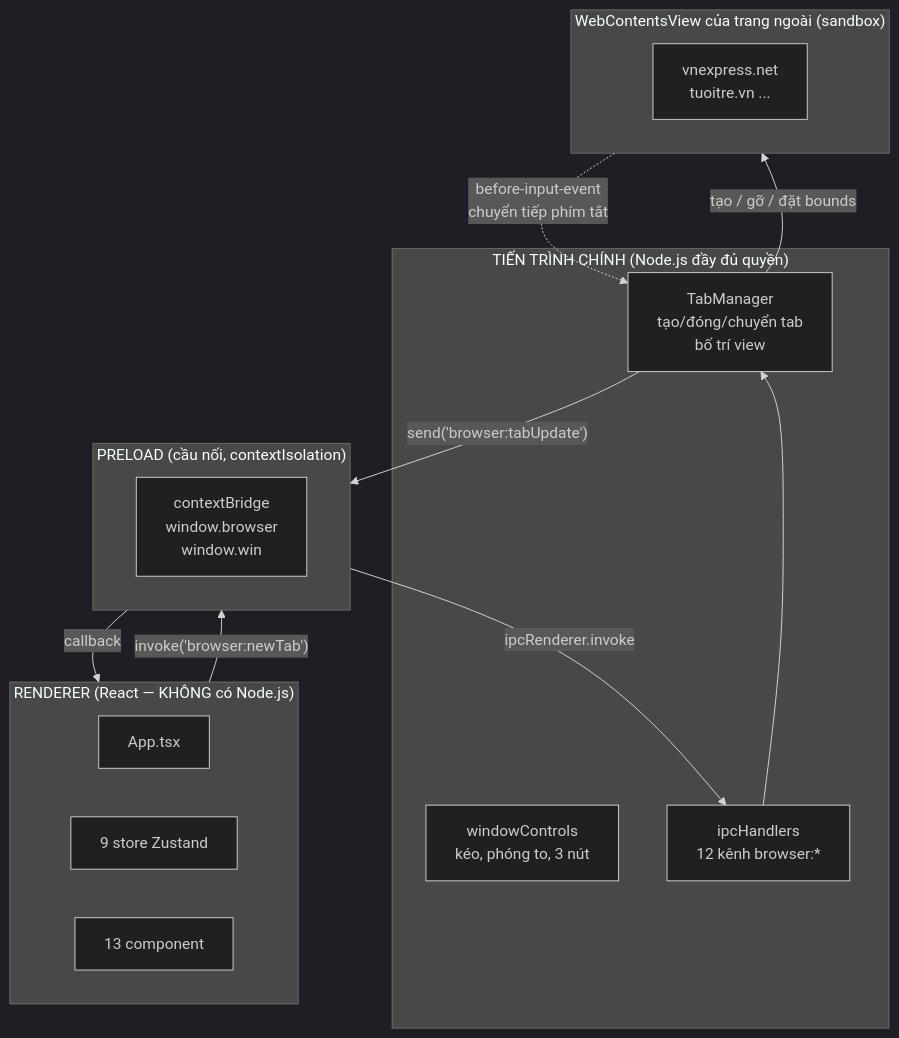
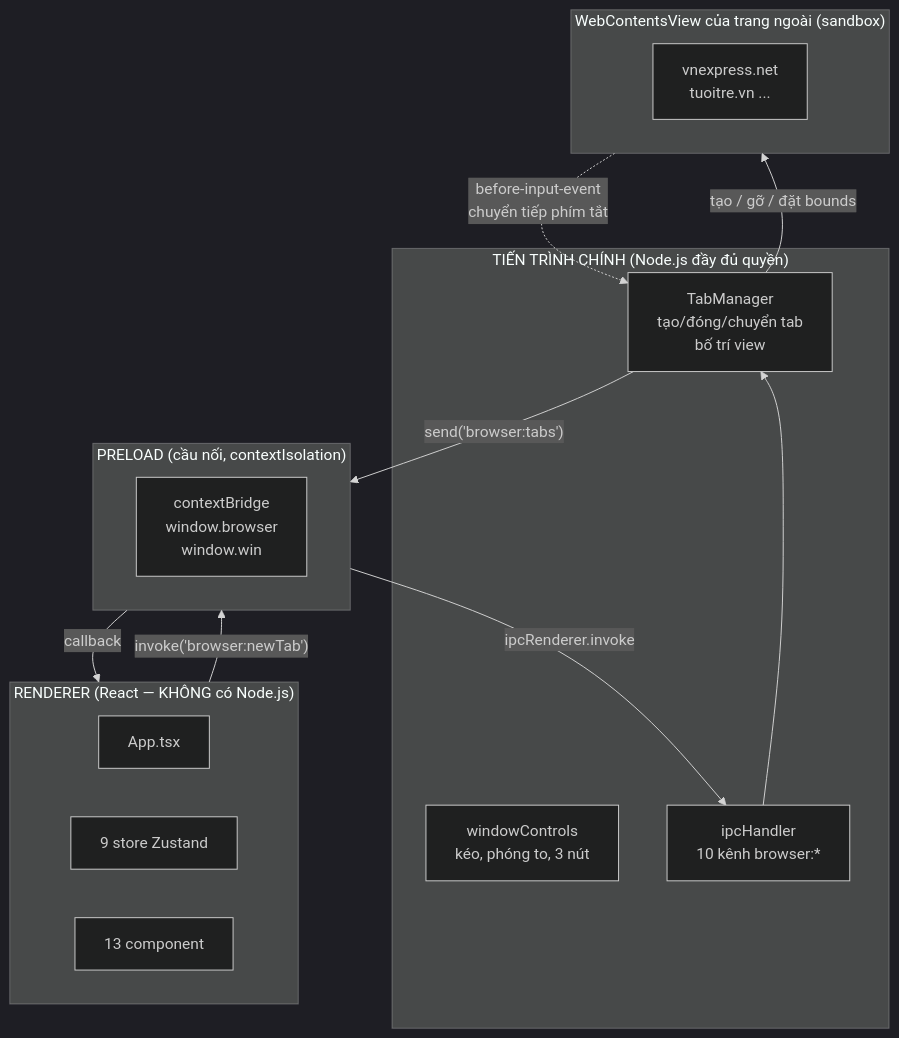
Before and after one commit to KietAnhCS/CocCoc-Plus: the second of 7 diagrams in docs/FRONTEND.md, drawn with Mermaid (dark theme). The commit also changed other lines of this file and 73 other files, not shown here.

First line of the commit message:
docs: fix drift and add diagrams (#22)

````diff
--- a/docs/FRONTEND.md
+++ b/docs/FRONTEND.md
@@ -161,30 +159,30 @@
 ```mermaid
 flowchart TB
     subgraph MAIN["TIẾN TRÌNH CHÍNH (Node.js đầy đủ quyền)"]
         TM["TabManager<br/>tạo/đóng/chuyển tab<br/>bố trí view"]
         WC["windowControls<br/>kéo, phóng to, 3 nút"]
-        IH["ipcHandlers<br/>12 kênh browser:*"]
+        IH["ipcHandler<br/>10 kênh browser:*"]
     end
 
     subgraph PRE["PRELOAD (cầu nối, contextIsolation)"]
         CB["contextBridge<br/>window.browser<br/>window.win"]
     end
 
     subgraph REN["RENDERER (React — KHÔNG có Node.js)"]
         APP["App.tsx"]
         ST["9 store Zustand"]
         CP["13 component"]
     end
 
     subgraph EXT["WebContentsView của trang ngoài (sandbox)"]
         WEB["vnexpress.net<br/>tuoitre.vn ..."]
     end
 
     REN -->|"invoke('browser:newTab')"| PRE
     PRE -->|"ipcRenderer.invoke"| IH
     IH --> TM
-    TM -->|"send('browser:tabUpdate')"| PRE
+    TM -->|"send('browser:tabs')"| PRE
     PRE -->|"callback"| REN
     TM -->|"tạo / gỡ / đặt bounds"| EXT
     EXT -.->|"before-input-event<br/>chuyển tiếp phím tắt"| TM
 ```
````
